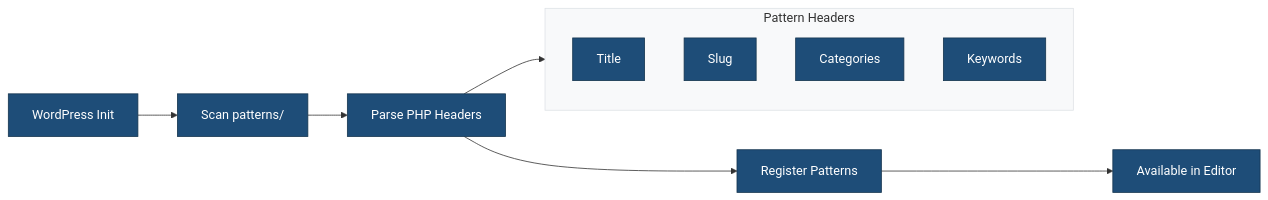
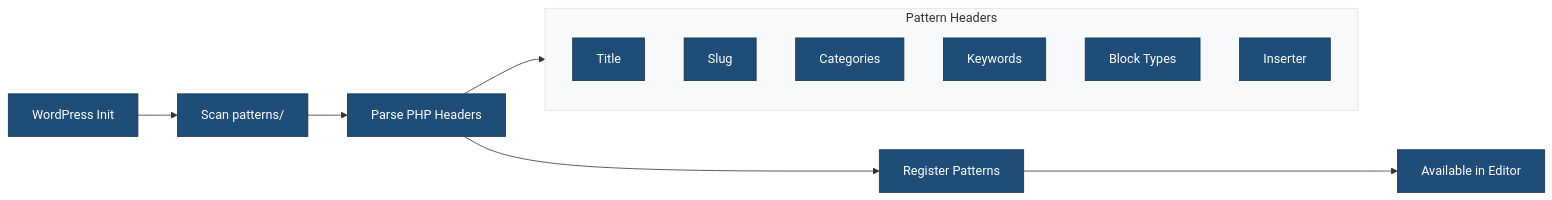
One commit to lightspeedwp/block-theme-scaffold-template changed the second of 2 diagrams in patterns/README.md. Above: the diagram before and after it, drawn with Mermaid. The commit also changed other lines of this file and 38 other files, not shown here.

````diff
--- a/patterns/README.md
+++ b/patterns/README.md
@@ -74,17 +146,19 @@
 ```mermaid
 %%{init: {'theme': 'base', 'themeVariables': { 'primaryColor': '#1e4d78', 'primaryTextColor': '#ffffff', 'primaryBorderColor': '#15354f', 'lineColor': '#333333', 'secondaryColor': '#f0f0f0', 'tertiaryColor': '#e8e8e8', 'background': '#ffffff', 'mainBkg': '#1e4d78', 'textColor': '#333333', 'nodeBorder': '#15354f', 'clusterBkg': '#f8f9fa', 'clusterBorder': '#dee2e6', 'titleColor': '#333333'}}}%%
 flowchart LR
     A["WordPress Init"] --> B["Scan patterns/"]
     B --> C["Parse PHP Headers"]
     C --> D["Register Patterns"]
     D --> E["Available in Editor"]
 
     subgraph Headers["Pattern Headers"]
         Title["Title"]
         Slug["Slug"]
         Categories["Categories"]
         Keywords["Keywords"]
+        BlockTypes["Block Types"]
+        Inserter["Inserter"]
     end
 
     C --> Headers
 ```
````
